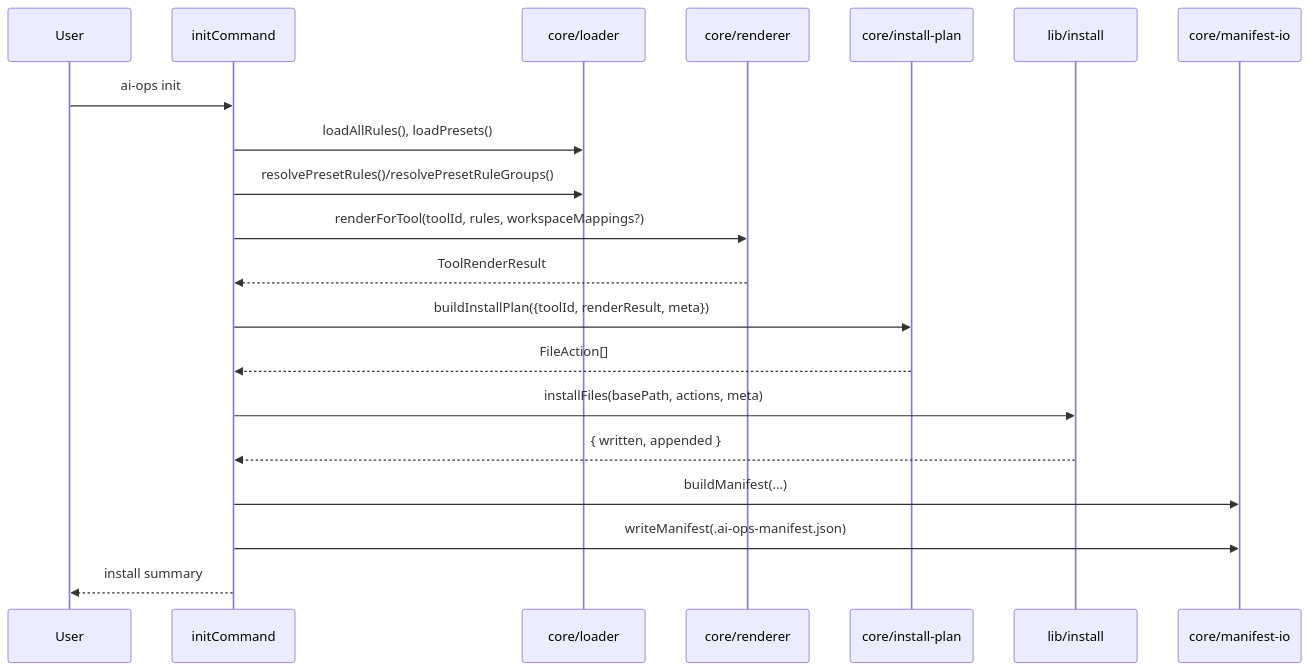
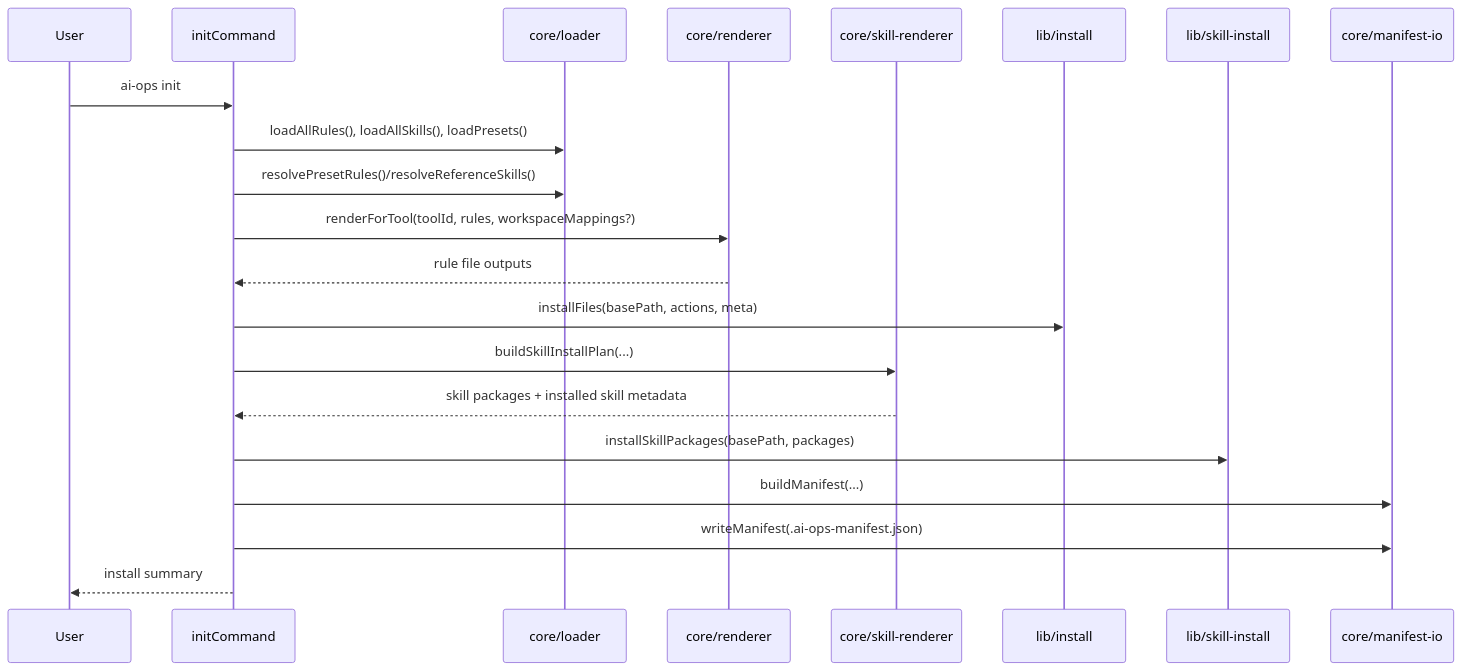
The second of 4 diagrams in docs/plan.md (MincheolC/ai-ops-cli), drawn with Mermaid before and after one commit. The commit also changed other lines of this file and 1 other file, not shown here.

Commit message:
docs(plan): sync blueprint with skill lifecycle

````diff
--- a/docs/plan.md
+++ b/docs/plan.md
@@ -74,23 +81,24 @@
 ```mermaid
 sequenceDiagram
   participant User
   participant Init as initCommand
   participant Loader as core/loader
   participant Renderer as core/renderer
-  participant Planner as core/install-plan
+  participant SkillRenderer as core/skill-renderer
   participant Installer as lib/install
+  participant SkillInstaller as lib/skill-install
   participant Manifest as core/manifest-io
 
   User->>Init: ai-ops init
-  Init->>Loader: loadAllRules(), loadPresets()
-  Init->>Loader: resolvePresetRules()/resolvePresetRuleGroups()
+  Init->>Loader: loadAllRules(), loadAllSkills(), loadPresets()
+  Init->>Loader: resolvePresetRules()/resolveReferenceSkills()
   Init->>Renderer: renderForTool(toolId, rules, workspaceMappings?)
-  Renderer-->>Init: ToolRenderResult
-  Init->>Planner: buildInstallPlan({toolId, renderResult, meta})
-  Planner-->>Init: FileAction[]
+  Renderer-->>Init: rule file outputs
   Init->>Installer: installFiles(basePath, actions, meta)
-  Installer-->>Init: { written, appended }
+  Init->>SkillRenderer: buildSkillInstallPlan(...)
+  SkillRenderer-->>Init: skill packages + installed skill metadata
+  Init->>SkillInstaller: installSkillPackages(basePath, packages)
   Init->>Manifest: buildManifest(...)
   Init->>Manifest: writeManifest(.ai-ops-manifest.json)
   Init-->>User: install summary
 ```
````
